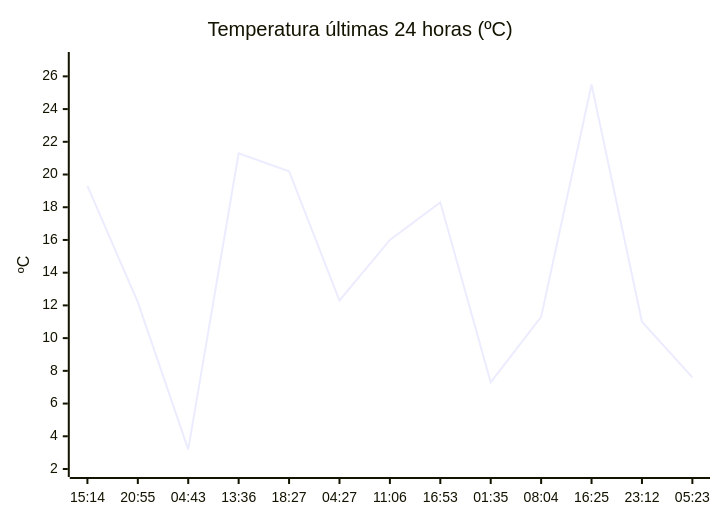
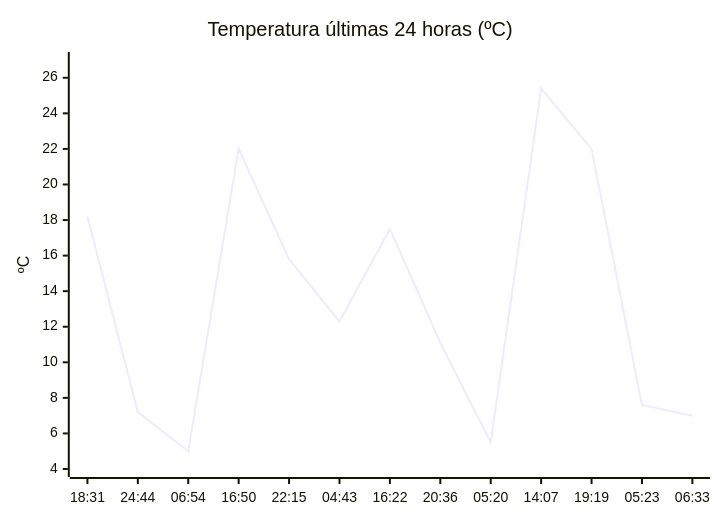
The diagram in README.md (solidsnk86/rem-scrap), drawn with Mermaid before and after one commit. The commit also changed other lines of this file, not shown here.

````diff
--- a/README.md
+++ b/README.md
@@ -36,7 +32,7 @@
 ```mermaid
 xychart-beta
     title "Temperatura últimas 24 horas (ºC)"
-    x-axis ["15:14", "20:55", "04:43", "13:36", "18:27", "04:27", "11:06", "16:53", "01:35", "08:04", "16:25", "23:12", "05:23"]
-    y-axis "ºC" 2 --> 27
-    line [19.3, 12.2, 3.2, 21.3, 20.2, 12.3, 16, 18.3, 7.3, 11.3, 25.5, 11, 7.6]
+    x-axis ["18:31", "24:44", "06:54", "16:50", "22:15", "04:43", "16:22", "20:36", "05:20", "14:07", "19:19", "05:23", "06:33"]
+    y-axis "ºC" 4 --> 27
+    line [18.2, 7.2, 5, 22, 15.8, 12.3, 17.5, 11.1, 5.5, 25.4, 22, 7.6, 7]
 ```
````
